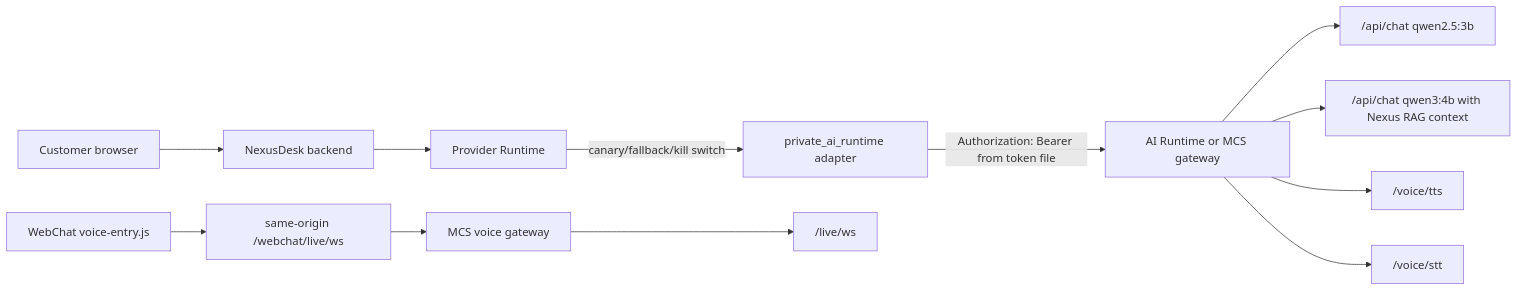
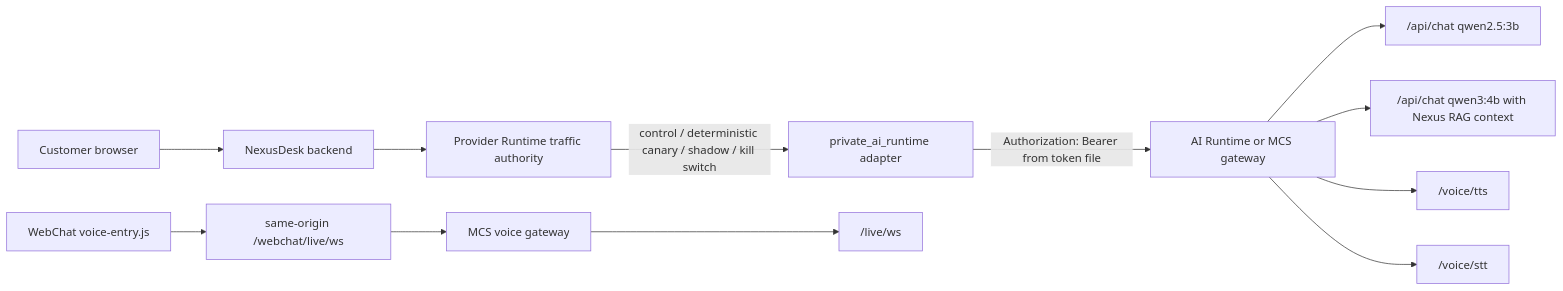
Before and after one commit to Maximvonshaft/nexus_helpdesk: the diagram in docs/ops/PRIVATE_AI_RUNTIME_ROLLOUT_RUNBOOK.md, drawn with Mermaid. The commit also changed other lines of this file, not shown here.

Commit message:
docs(provider): define deterministic traffic authority rollout

````diff
--- a/docs/ops/PRIVATE_AI_RUNTIME_ROLLOUT_RUNBOOK.md
+++ b/docs/ops/PRIVATE_AI_RUNTIME_ROLLOUT_RUNBOOK.md
@@ -7,14 +7,14 @@
 ```mermaid
 flowchart LR
   visitor["Customer browser"] --> nexus["NexusDesk backend"]
-  nexus --> pr["Provider Runtime"]
-  pr -->|"canary/fallback/kill switch"| private_ai["private_ai_runtime adapter"]
+  nexus --> pr["Provider Runtime traffic authority"]
+  pr -->|"control / deterministic canary / shadow / kill switch"| private_ai["private_ai_runtime adapter"]
   private_ai -->|"Authorization: Bearer from token file"| ai["AI Runtime or MCS gateway"]
   ai --> direct["/api/chat qwen2.5:3b"]
   ai --> rag["/api/chat qwen3:4b with Nexus RAG context"]
   ai --> tts["/voice/tts"]
   ai --> stt["/voice/stt"]
   browser_voice["WebChat voice-entry.js"] --> edge["same-origin /webchat/live/ws"]
   edge --> voice_gateway["MCS voice gateway"]
   voice_gateway --> live_ws["/live/ws"]
 ```
````
